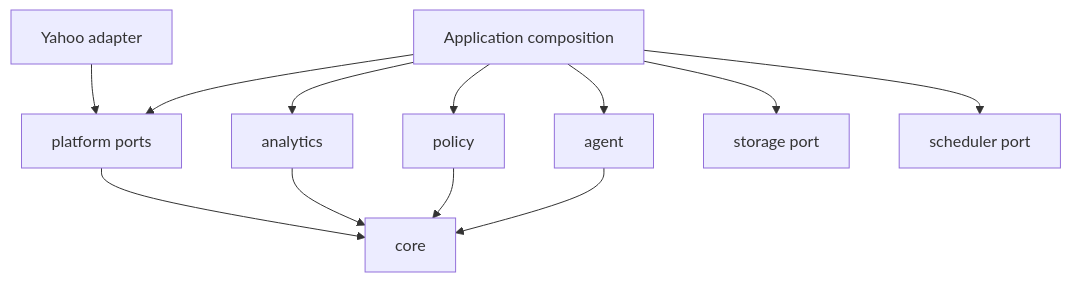
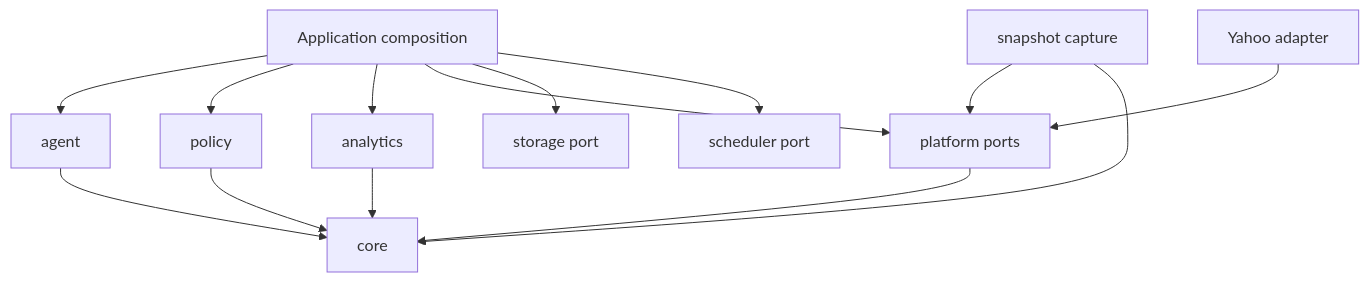
The diagram in docs/ARCHITECTURE.md (spencer-dye/eggbot), drawn with Mermaid before and after one commit. The commit also changed other lines of this file and 19 other files, not shown here.

````diff
--- a/docs/ARCHITECTURE.md
+++ b/docs/ARCHITECTURE.md
@@ -23,14 +24,16 @@
 ```mermaid
 flowchart TD
   CLI[Application composition] --> A[agent]
   CLI --> P[policy]
   CLI --> N[analytics]
   CLI --> FP[platform ports]
   CLI --> S[storage port]
   CLI --> J[scheduler port]
   Y[Yahoo adapter] --> FP
+  LS[snapshot capture] --> FP
+  LS --> C
   A --> C[core]
   P --> C
   N --> C
   FP --> C
 ```
````
